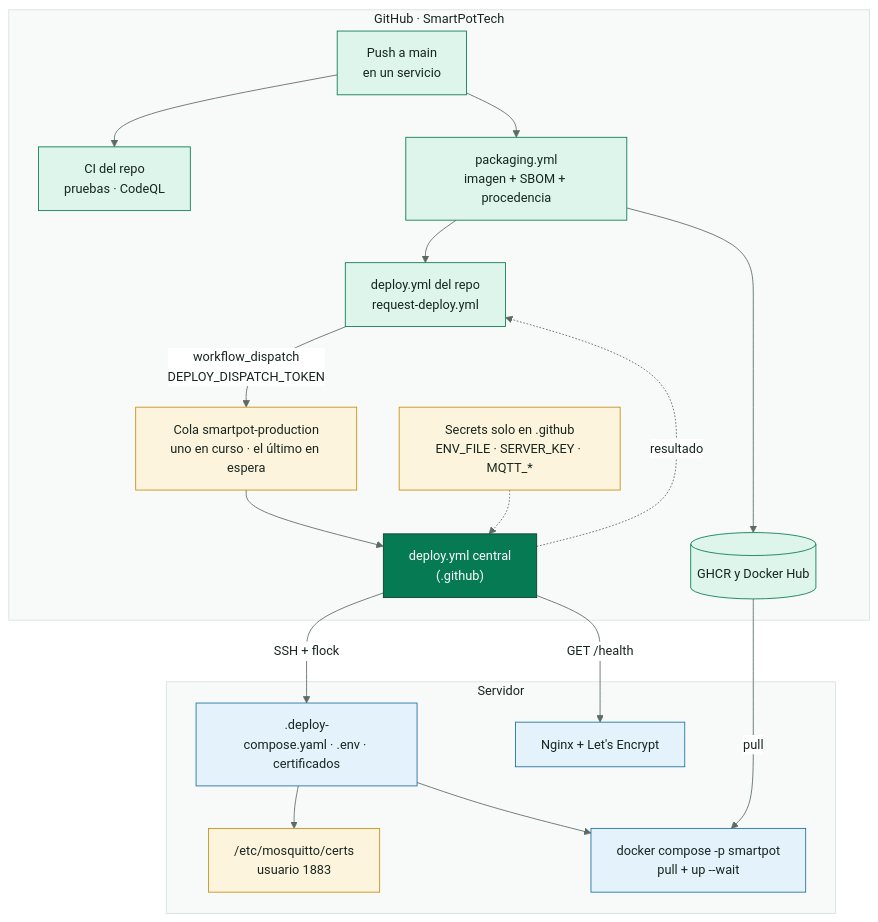
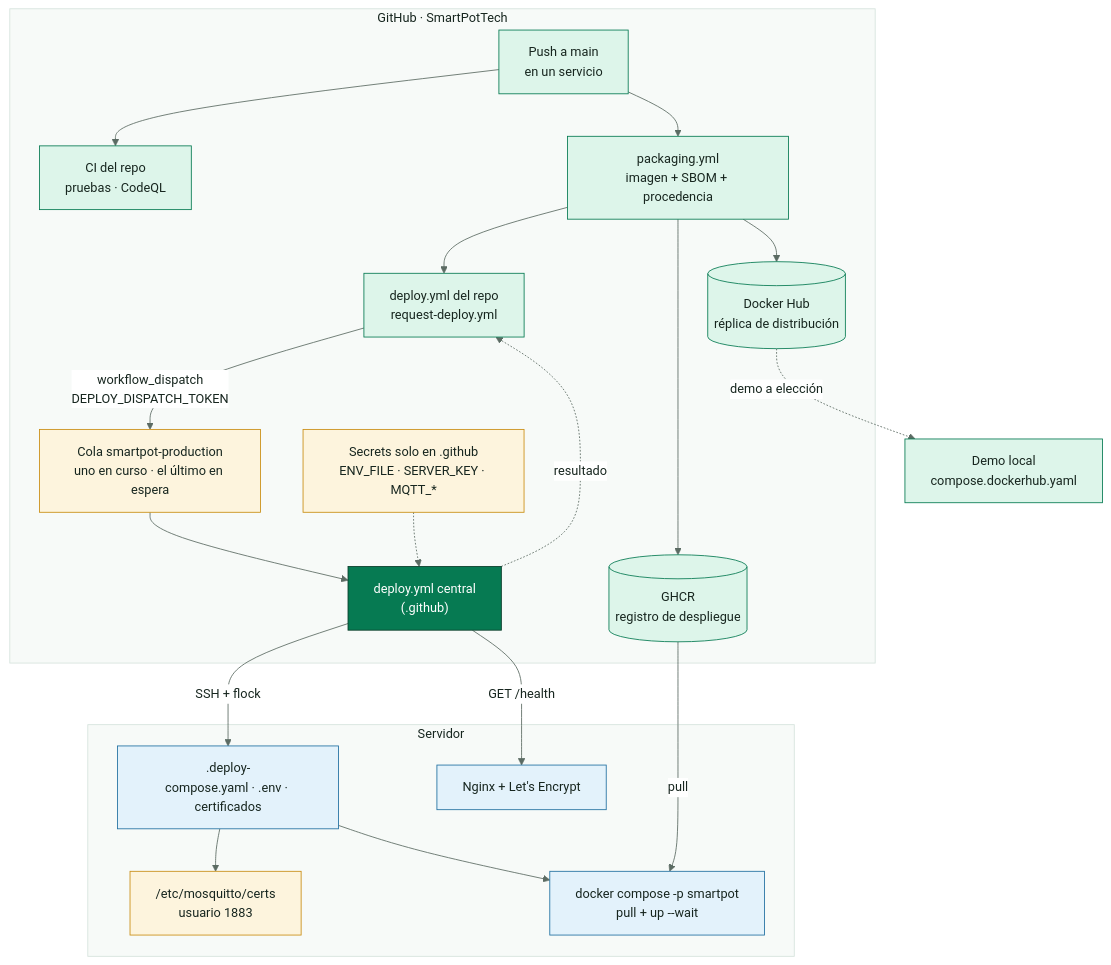
Before and after one commit to SmartPotTech/.github: the ninth of 11 diagrams in docs/SmartPot_Documentacion_Tecnica.md, drawn with Mermaid. The commit also changed other lines of this file, not shown here.

````diff
--- a/docs/SmartPot_Documentacion_Tecnica.md
+++ b/docs/SmartPot_Documentacion_Tecnica.md
@@ -594,33 +776,35 @@
 ```mermaid
 %%{init: {"theme": "base", "fontFamily": "Segoe UI, Arial, sans-serif", "themeVariables": {"fontFamily": "Segoe UI, Arial, sans-serif", "fontSize": "15px", "primaryColor": "#DDF5EA", "primaryTextColor": "#17261F", "primaryBorderColor": "#067A52", "secondaryColor": "#E3F2FB", "secondaryTextColor": "#17261F", "secondaryBorderColor": "#1F6FA0", "tertiaryColor": "#F2F7F4", "tertiaryTextColor": "#17261F", "tertiaryBorderColor": "#D5E3DC", "lineColor": "#5B6B63", "textColor": "#17261F", "mainBkg": "#DDF5EA", "nodeBorder": "#067A52", "clusterBkg": "#F7FAF8", "clusterBorder": "#D5E3DC", "edgeLabelBackground": "#FFFFFF", "actorBkg": "#067A52", "actorBorder": "#0B3D2B", "actorTextColor": "#FFFFFF", "actorLineColor": "#5B6B63", "signalColor": "#17261F", "signalTextColor": "#17261F", "labelBoxBkgColor": "#0B3D2B", "labelBoxBorderColor": "#0B3D2B", "labelTextColor": "#FFFFFF", "loopTextColor": "#0B3D2B", "noteBkgColor": "#FDF4DD", "noteBorderColor": "#C98D12", "noteTextColor": "#17261F", "activationBkgColor": "#DDF5EA", "activationBorderColor": "#067A52", "attributeBackgroundColorOdd": "#FFFFFF", "attributeBackgroundColorEven": "#F2F7F4"}}}%%
 flowchart TB
   subgraph github["GitHub · SmartPotTech"]
     repo["Push a main<br/>en un servicio"] --> ci["CI del repo<br/>pruebas · CodeQL"]
     repo --> pkg["packaging.yml<br/>imagen + SBOM + procedencia"]
-    pkg --> ghcr[("GHCR y Docker Hub")]
+    pkg --> ghcr[("GHCR<br/>registro de despliegue")]
+    pkg --> hub[("Docker Hub<br/>réplica de distribución")]
     pkg --> dep["deploy.yml del repo<br/>request-deploy.yml"]
     dep -->|"workflow_dispatch<br/>DEPLOY_DISPATCH_TOKEN"| queue["Cola smartpot-production<br/>uno en curso · el último en espera"]
     queue --> central["deploy.yml central<br/>(.github)"]
     central -.->|"resultado"| dep
     secrets["Secrets solo en .github<br/>ENV_FILE · SERVER_KEY · MQTT_*"] -.-> central
   end
   subgraph servidor["Servidor"]
     stage[".deploy-<id><br/>compose.yaml · .env · certificados"]
     certs["/etc/mosquitto/certs<br/>usuario 1883"]
     compose["docker compose -p smartpot<br/>pull + up --wait"]
     nginx["Nginx + Let's Encrypt"]
   end
   central -->|"SSH + flock"| stage
   stage --> certs
   stage --> compose
   ghcr -->|"pull"| compose
+  hub -.->|"demo a elección"| demo["Demo local<br/>compose.dockerhub.yaml"]
   central -->|"GET /health"| nginx
   classDef gh fill:#DDF5EA,stroke:#067A52,color:#17261F
   classDef key fill:#FDF4DD,stroke:#C98D12,color:#17261F
   classDef srv fill:#E3F2FB,stroke:#1F6FA0,color:#17261F
   classDef core fill:#067A52,stroke:#0B3D2B,color:#FFFFFF
-  class repo,ci,pkg,dep gh
+  class repo,ci,pkg,dep,demo gh
   class central core
   class secrets,certs,queue key
   class stage,compose,nginx srv
 ```
````
